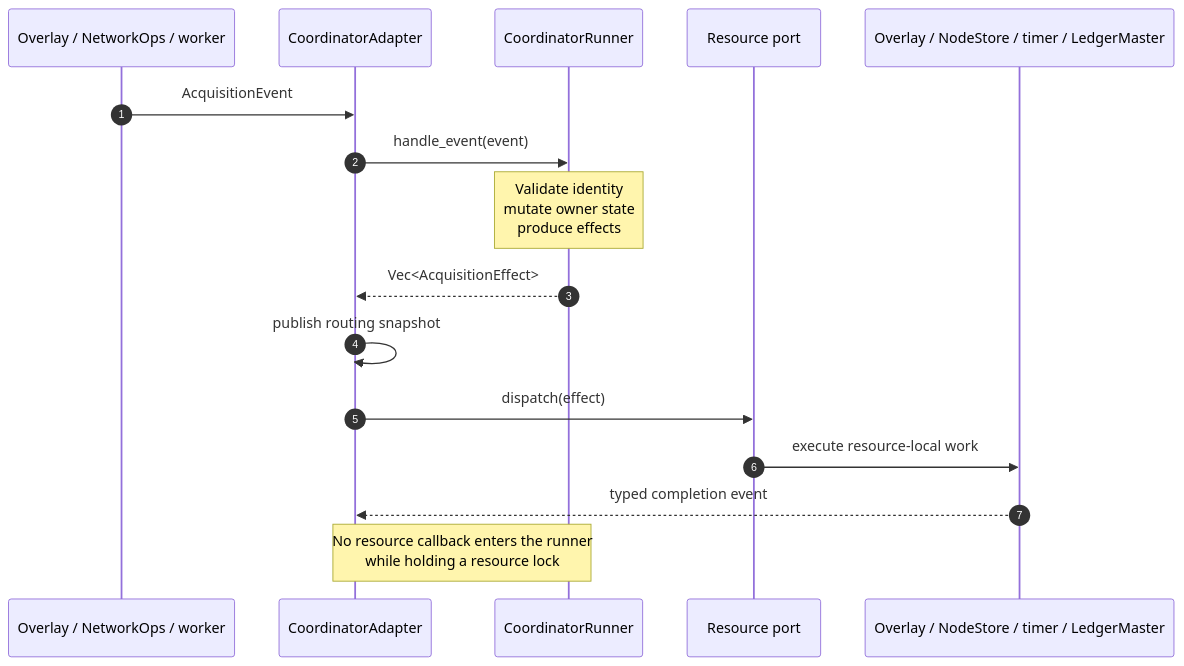
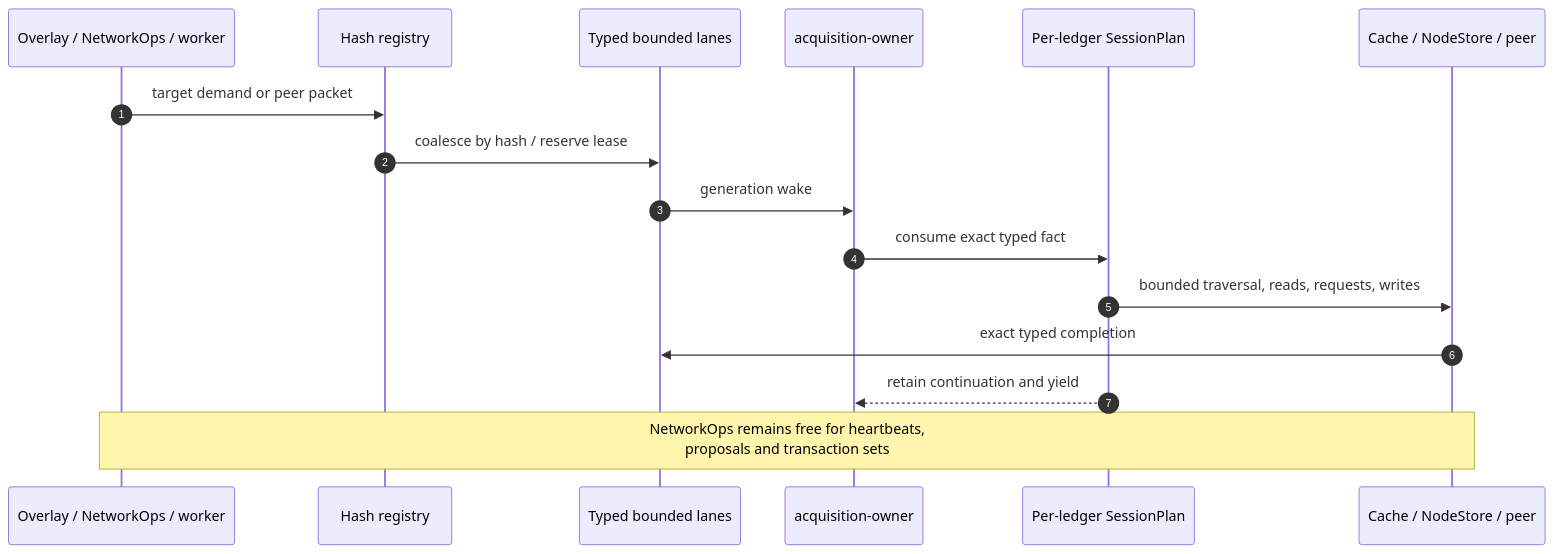
The second of 10 diagrams in docs/ACQUISITION.md (TusharPardhe/quaxar), drawn with Mermaid before and after one commit. The commit also changed other lines of this file and 204 other files, not shown here.

````diff
--- a/docs/ACQUISITION.md
+++ b/docs/ACQUISITION.md
@@ -108,19 +100,19 @@
 ```mermaid
 sequenceDiagram
     autonumber
     participant Producer as Overlay / NetworkOps / worker
-    participant Adapter as CoordinatorAdapter
-    participant Runner as CoordinatorRunner
-    participant Port as Resource port
-    participant Resource as Overlay / NodeStore / timer / LedgerMaster
+    participant Registry as Hash registry
+    participant Queue as Typed bounded lanes
+    participant Owner as acquisition-owner
+    participant Plan as Per-ledger SessionPlan
+    participant Resource as Cache / NodeStore / peer
 
-    Producer->>Adapter: AcquisitionEvent
-    Adapter->>Runner: handle_event(event)
-    Note over Runner: Validate identity<br/>mutate owner state<br/>produce effects
-    Runner-->>Adapter: Vec<AcquisitionEffect>
-    Adapter->>Adapter: publish routing snapshot
-    Adapter->>Port: dispatch(effect)
-    Port->>Resource: execute resource-local work
-    Resource-->>Adapter: typed completion event
-    Note over Adapter,Runner: No resource callback enters the runner<br/>while holding a resource lock
+    Producer->>Registry: target demand or peer packet
+    Registry->>Queue: coalesce by hash / reserve lease
+    Queue->>Owner: generation wake
+    Owner->>Plan: consume exact typed fact
+    Plan->>Resource: bounded traversal, reads, requests, writes
+    Resource->>Queue: exact typed completion
+    Plan-->>Owner: retain continuation and yield
+    Note over Producer,Resource: NetworkOps remains free for heartbeats,<br/>proposals and transaction sets
 ```
````
